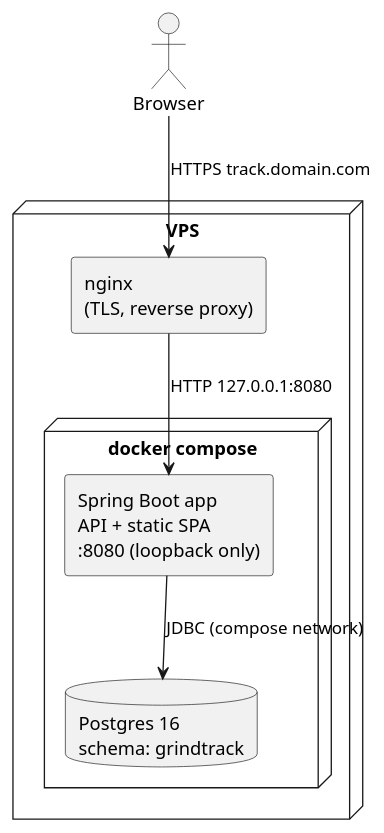
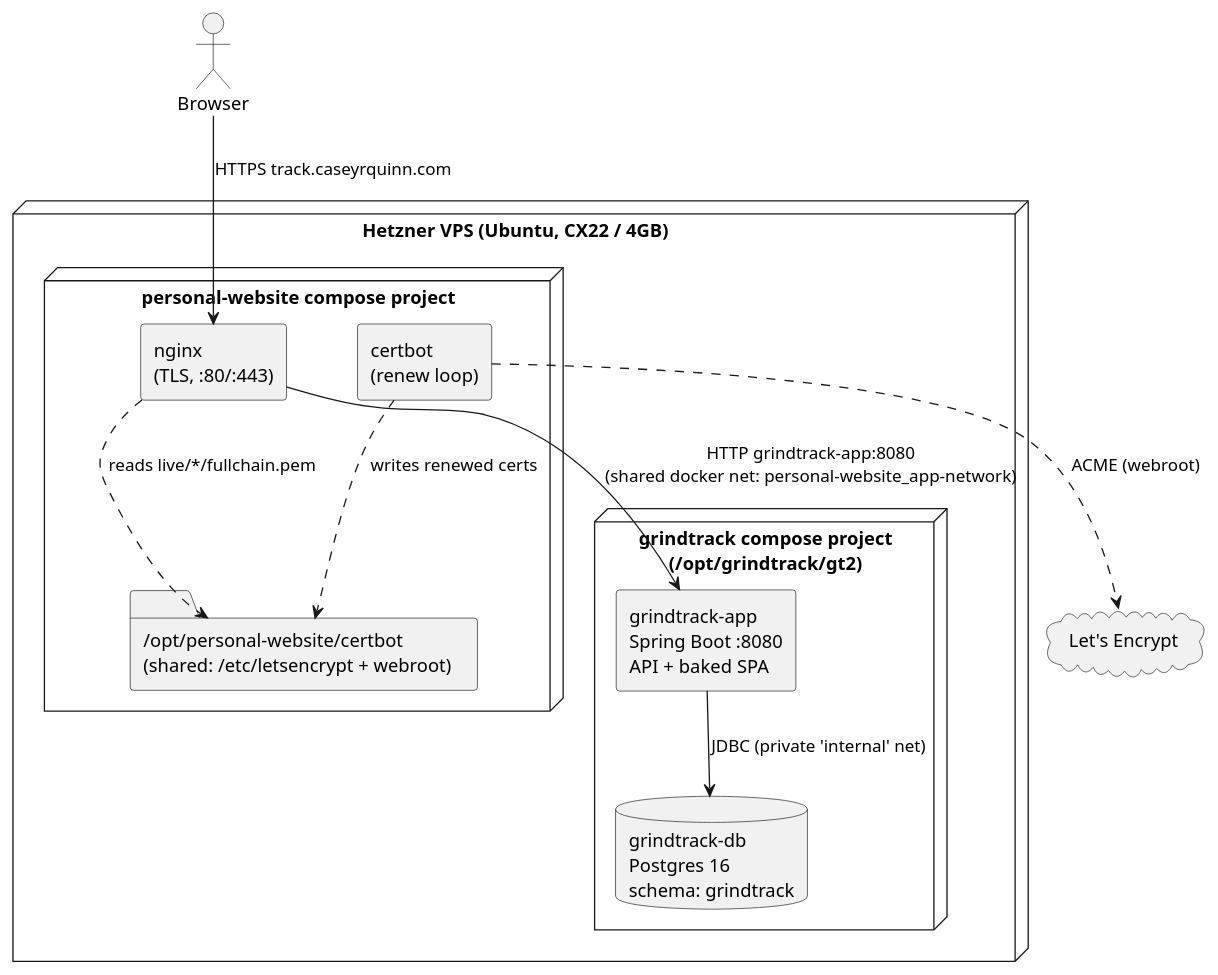
The first of 2 diagrams in gt2/docs/architecture.md (caseythecoder90/grindtrack), drawn with PlantUML before and after one commit. The commit also changed other lines of this file and 25 other files, not shown here.

````diff
--- a/gt2/docs/architecture.md
+++ b/gt2/docs/architecture.md
@@ -7,16 +14,26 @@
 ```plantuml
 @startuml
 skinparam componentStyle rectangle
 actor Browser
-node "VPS" {
-  [nginx\n(TLS, reverse proxy)] as nginx
-  node "docker compose" {
-    [Spring Boot app\nAPI + static SPA\n:8080 (loopback only)] as app
-    database "Postgres 16\nschema: grindtrack" as db
+cloud "Let's Encrypt" as LE
+
+node "Hetzner VPS (Ubuntu, CX22 / 4GB)" {
+  node "personal-website compose project" {
+    [nginx\n(TLS, :80/:443)] as nginx
+    [certbot\n(renew loop)] as certbot
+    folder "/opt/personal-website/certbot\n(shared: /etc/letsencrypt + webroot)" as certs
+  }
+  node "grindtrack compose project\n(/opt/grindtrack/gt2)" {
+    [grindtrack-app\nSpring Boot :8080\nAPI + baked SPA] as gt
+    database "grindtrack-db\nPostgres 16\nschema: grindtrack" as gtdb
   }
 }
-Browser --> nginx : HTTPS track.domain.com
-nginx --> app : HTTP 127.0.0.1:8080
-app --> db : JDBC (compose network)
+
+Browser --> nginx : HTTPS track.caseyrquinn.com
+nginx --> gt : HTTP grindtrack-app:8080\n(shared docker net: personal-website_app-network)
+gt --> gtdb : JDBC (private 'internal' net)
+certbot ..> LE : ACME (webroot)
+nginx ..> certs : reads live/*/fullchain.pem
+certbot ..> certs : writes renewed certs
 @enduml
 ```
````
